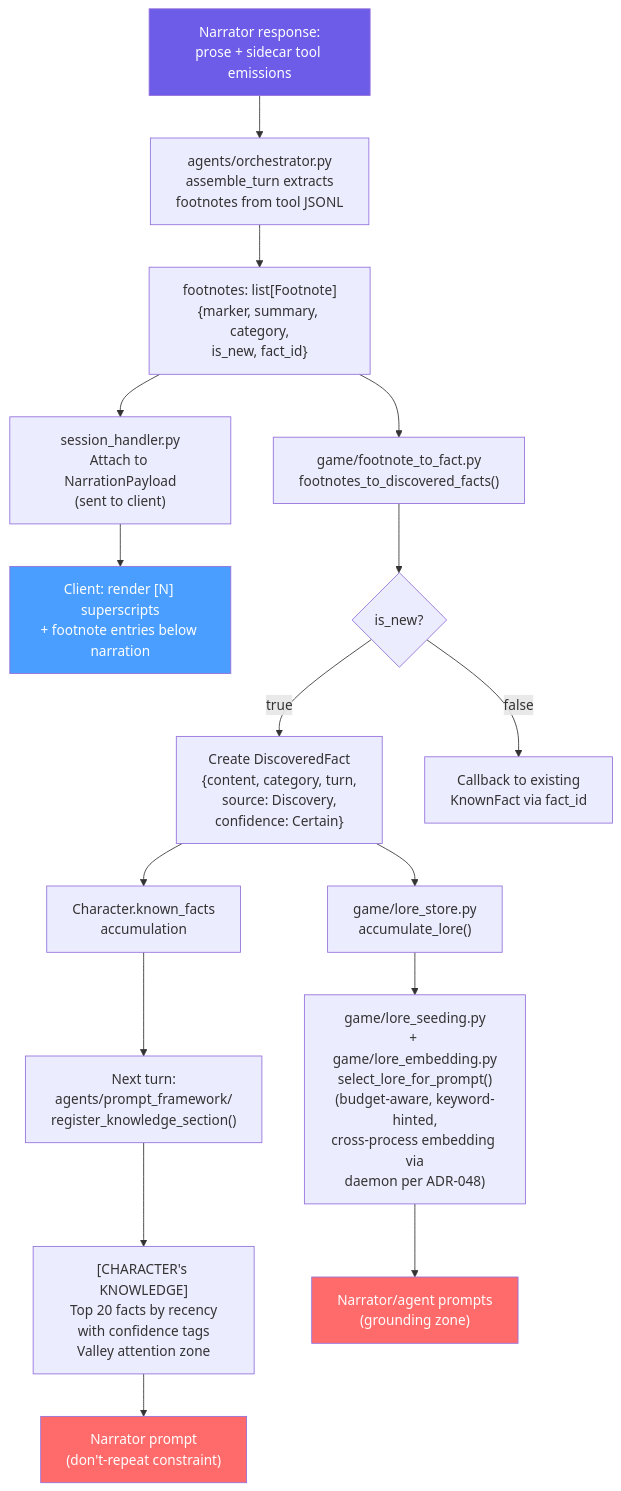
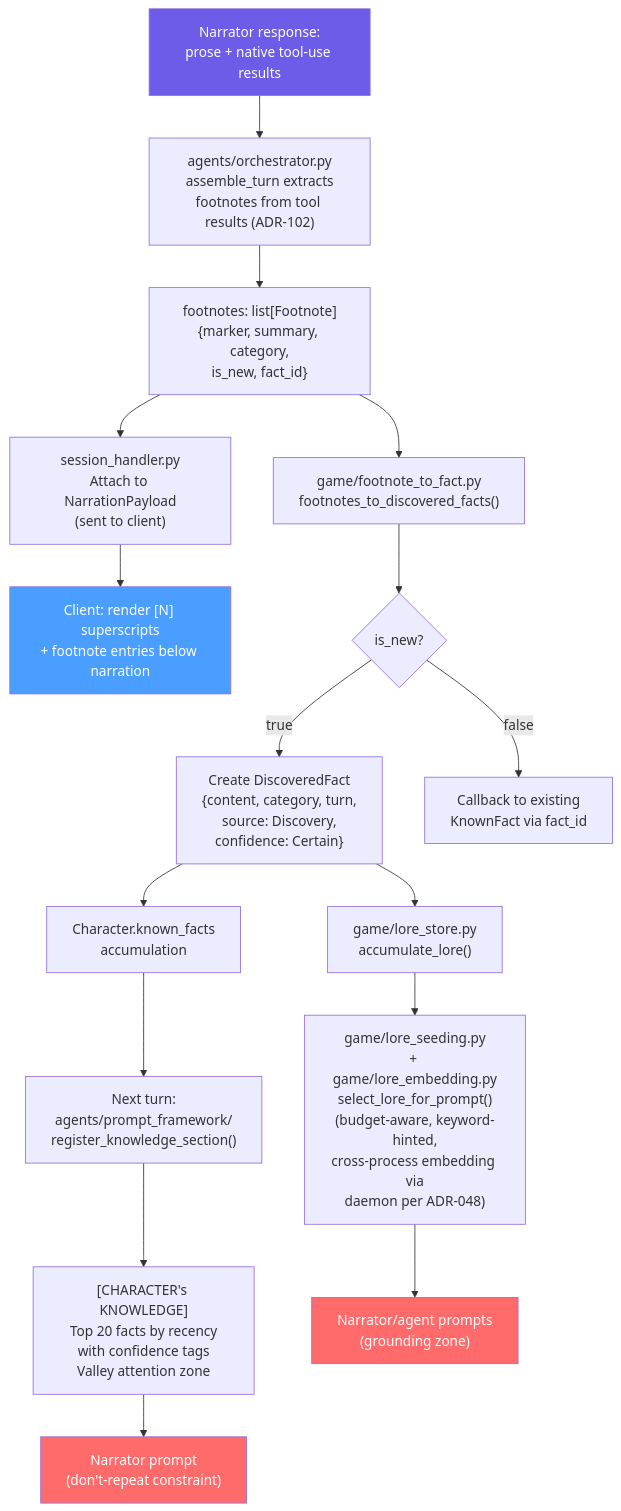
One commit to slabgorb-org/sidequest changed the ninth of 15 diagrams in docs/wiring-diagrams.md. Above: the diagram before and after it, drawn with Mermaid. The commit also changed other lines of this file and 12 other files, not shown here.

````diff
--- a/docs/wiring-diagrams.md
+++ b/docs/wiring-diagrams.md
@@ -534,27 +527,27 @@
 ```mermaid
 flowchart TD
-    A["Narrator response:<br/>prose + sidecar tool emissions"] --> B["agents/orchestrator.py<br/>assemble_turn extracts<br/>footnotes from tool JSONL"]
+    A["Narrator response:<br/>prose + native tool-use results"] --> B["agents/orchestrator.py<br/>assemble_turn extracts<br/>footnotes from tool results (ADR-102)"]
     B --> C["footnotes: list[Footnote]<br/>{marker, summary, category,<br/>is_new, fact_id}"]
 
     C --> D["session_handler.py<br/>Attach to NarrationPayload<br/>(sent to client)"]
     D --> E["Client: render [N] superscripts<br/>+ footnote entries below narration"]
 
     C --> F["game/footnote_to_fact.py<br/>footnotes_to_discovered_facts()"]
     F --> G{"is_new?"}
     G -->|"true"| H["Create DiscoveredFact<br/>{content, category, turn,<br/>source: Discovery,<br/>confidence: Certain}"]
     G -->|"false"| I["Callback to existing<br/>KnownFact via fact_id"]
 
     H --> J["Character.known_facts<br/>accumulation"]
     J --> K["Next turn:<br/>agents/prompt_framework/<br/>register_knowledge_section()"]
     K --> L["[CHARACTER's KNOWLEDGE]<br/>Top 20 facts by recency<br/>with confidence tags<br/>Valley attention zone"]
     L --> M["Narrator prompt<br/>(don't-repeat constraint)"]
 
     H --> N["game/lore_store.py<br/>accumulate_lore()"]
     N --> O["game/lore_seeding.py<br/>+ game/lore_embedding.py<br/>select_lore_for_prompt()<br/>(budget-aware, keyword-hinted,<br/>cross-process embedding via<br/>daemon per ADR-048)"]
     O --> P["Narrator/agent prompts<br/>(grounding zone)"]
 
     style A fill:#6c5ce7,color:#fff
     style E fill:#4a9eff,color:#fff
     style M fill:#ff6b6b,color:#fff
     style P fill:#ff6b6b,color:#fff
 ```
````
